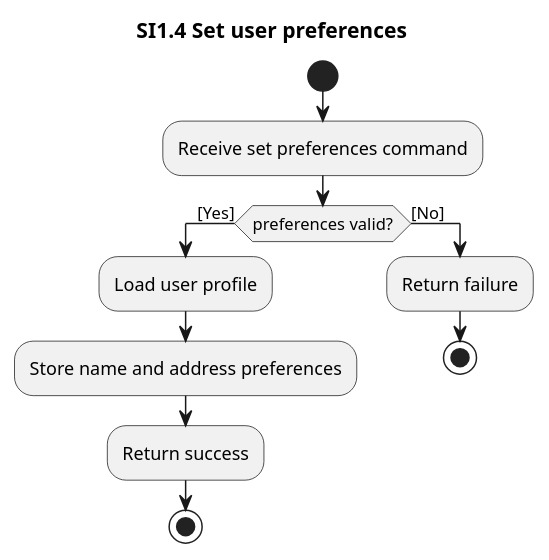
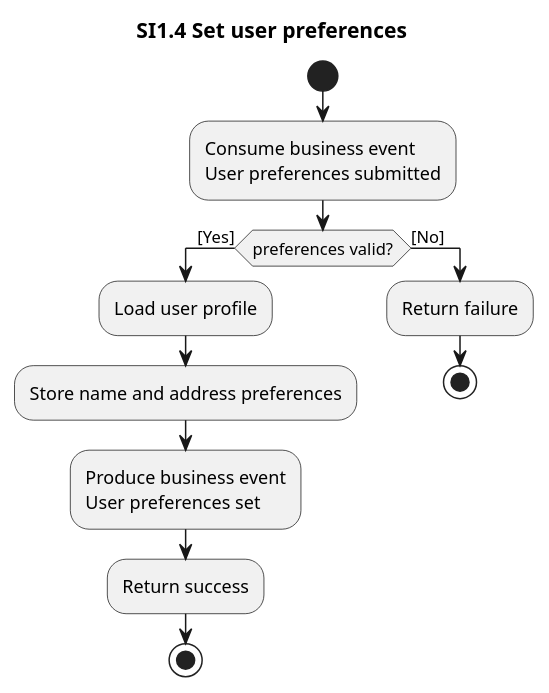
One commit to ottolote/fixme changed the diagram in docs/system-interactions/si1.4-set-user-preferences.pu. Above: the diagram before and after it, drawn with PlantUML. The commit also changed 33 other files, not shown here.

```diff
--- a/docs/system-interactions/si1.4-set-user-preferences.pu
+++ b/docs/system-interactions/si1.4-set-user-preferences.pu
@@ -1,17 +1,20 @@
 @startuml si1.4-set-user-preferences
 title SI1.4 Set user preferences
 
 start
-:Receive set preferences command;
+:Consume business event
+User preferences submitted;
 
 if (preferences valid?) then ([Yes])
   :Load user profile;
   :Store name and address preferences;
+  :Produce business event
+User preferences set;
   :Return success;
   stop
 else ([No])
   :Return failure;
   stop
 endif
 
 @enduml
```
